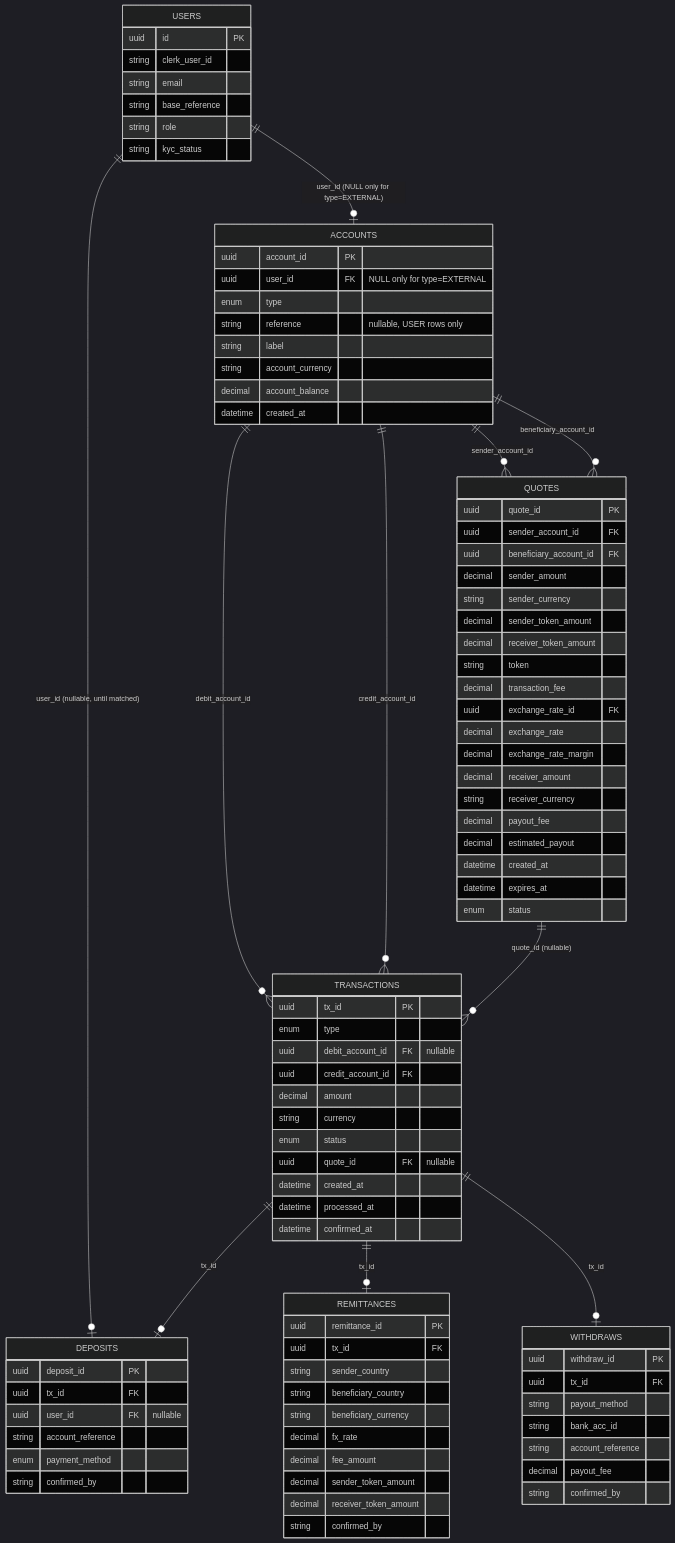
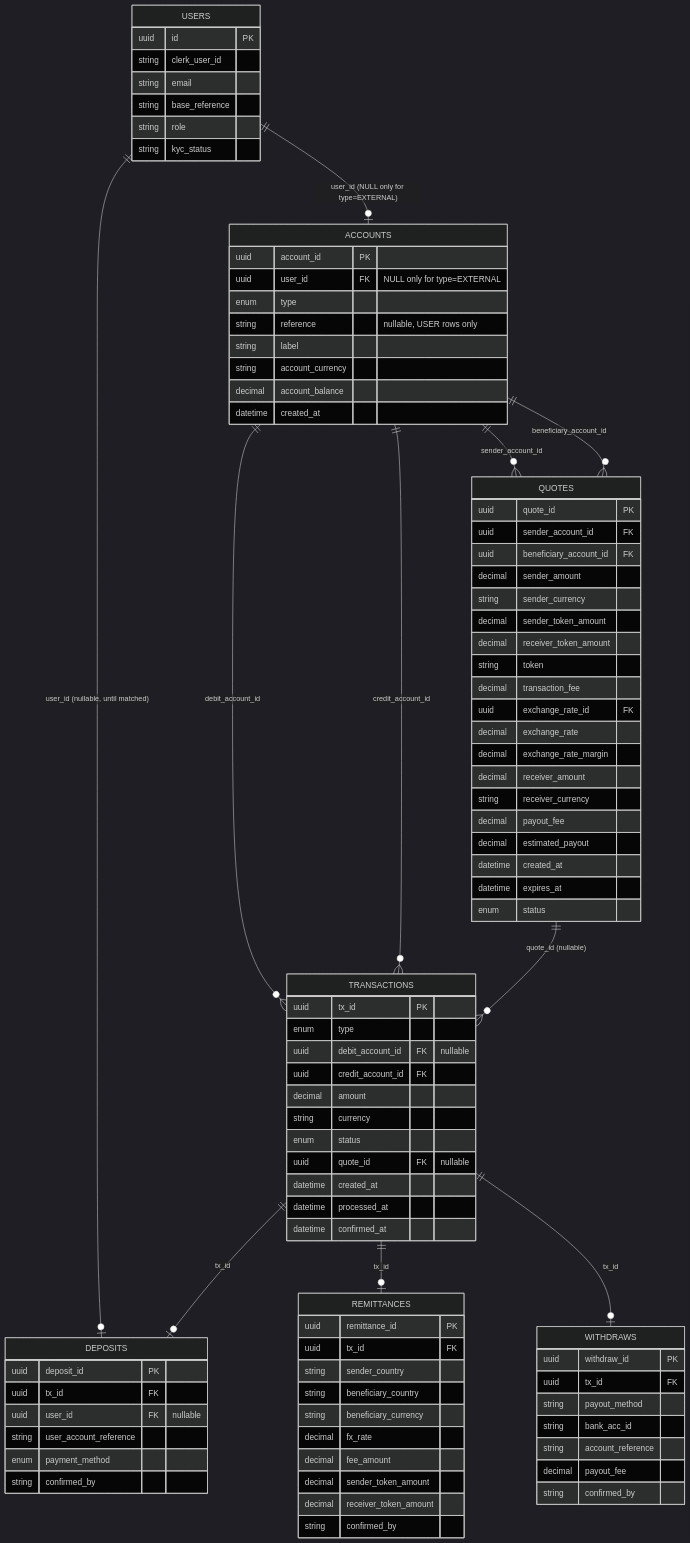
One commit to Katlego-Sekoele/RemitX changed the diagram in api/Transaction_Flow_Context.md. Above: the diagram before and after it, drawn with Mermaid (dark theme). The commit also changed other lines of this file and 10 other files, not shown here.

```diff
--- a/api/Transaction_Flow_Context.md
+++ b/api/Transaction_Flow_Context.md
@@ -198,7 +200,7 @@
         uuid deposit_id PK
         uuid tx_id FK
         uuid user_id FK "nullable"
-        string account_reference
+        string user_account_reference
         enum payment_method
         string confirmed_by
     }
```
